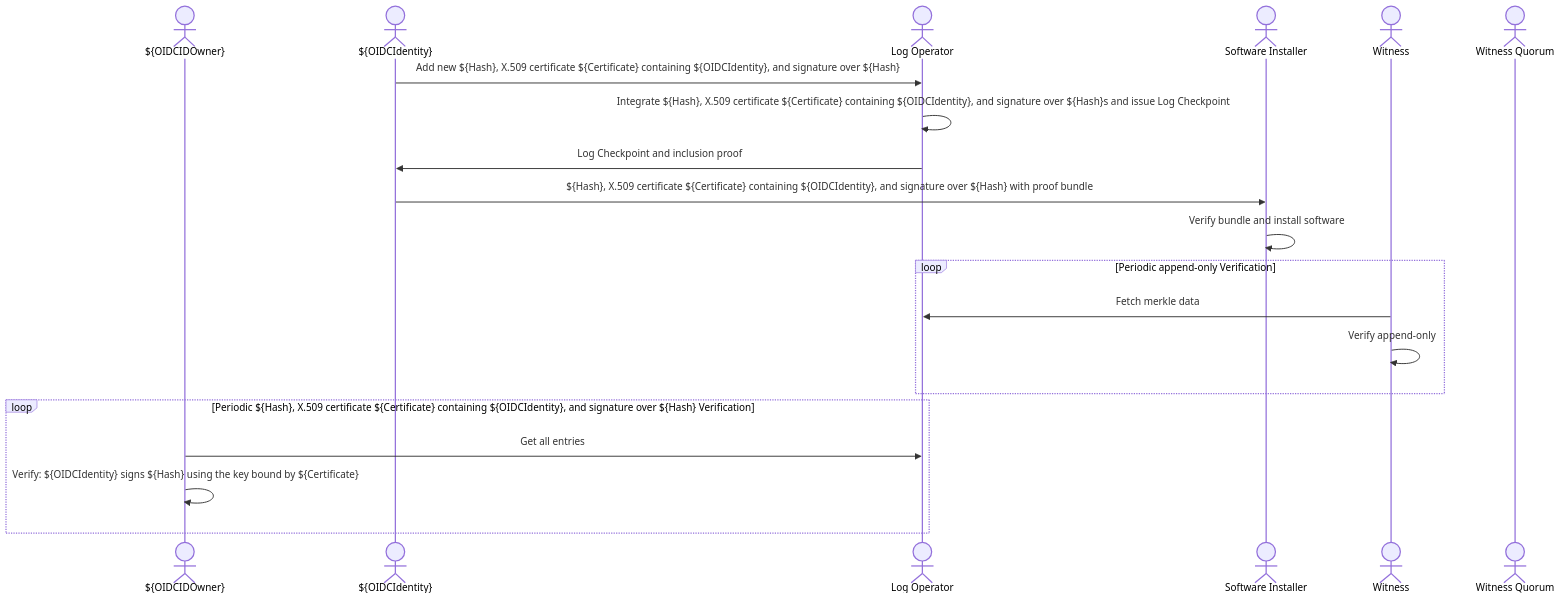
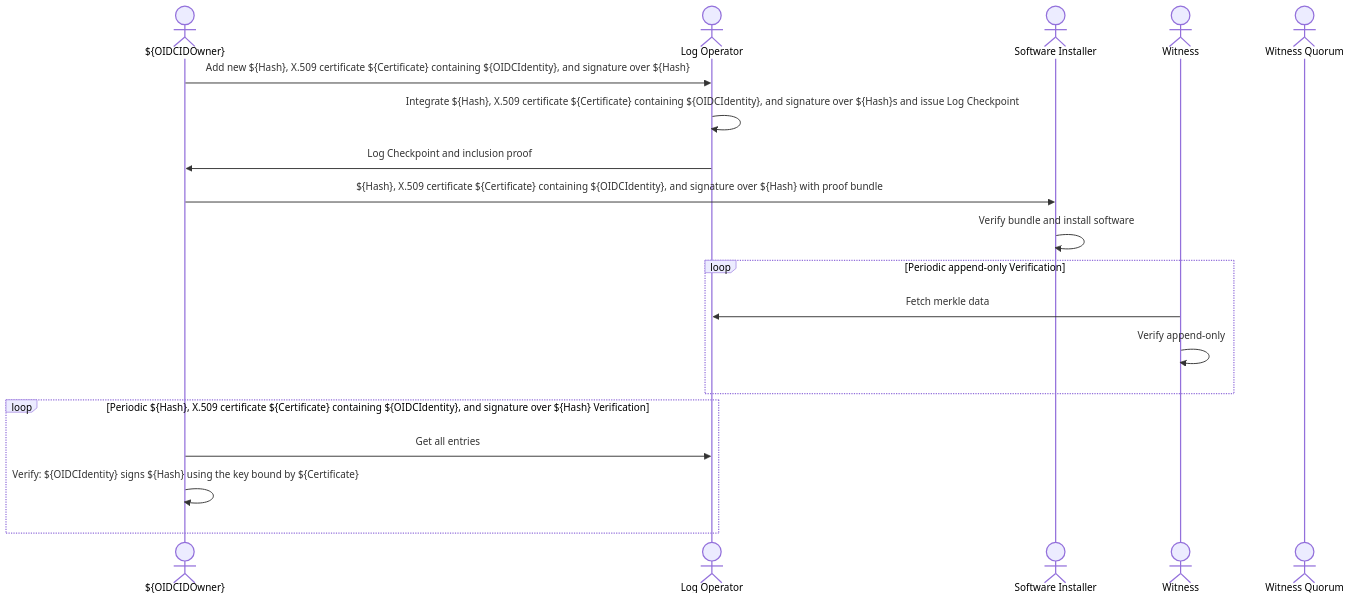
One commit to sigstore/community changed the diagram in docs/claimantmodel/rekor/identity/logsequence.md. Above: the diagram before and after it, drawn with Mermaid. The commit also changed 15 other files, not shown here.

````diff
--- a/docs/claimantmodel/rekor/identity/logsequence.md
+++ b/docs/claimantmodel/rekor/identity/logsequence.md
@@ -4,22 +4,21 @@
 ```mermaid
 sequenceDiagram
     actor ${OIDCIDOwner}
-    actor ${OIDCIdentity}
     actor Log Operator
     actor Software Installer
     actor Witness
     actor Witness Quorum
-    ${OIDCIdentity}->>Log Operator: Add new ${Hash}, X.509 certificate ${Certificate} containing ${OIDCIdentity}, and signature over ${Hash}
+    ${OIDCIDOwner}->>Log Operator: Add new ${Hash}, X.509 certificate ${Certificate} containing ${OIDCIdentity}, and signature over ${Hash}
     Log Operator->>Log Operator: Integrate ${Hash}, X.509 certificate ${Certificate} containing ${OIDCIdentity}, and signature over ${Hash}s and issue Log Checkpoint
-    Log Operator->>${OIDCIdentity}: Log Checkpoint and inclusion proof
-    ${OIDCIdentity}->>Software Installer: ${Hash}, X.509 certificate ${Certificate} containing ${OIDCIdentity}, and signature over ${Hash} with proof bundle
+    Log Operator->>${OIDCIDOwner}: Log Checkpoint and inclusion proof
+    ${OIDCIDOwner}->>Software Installer: ${Hash}, X.509 certificate ${Certificate} containing ${OIDCIdentity}, and signature over ${Hash} with proof bundle
     Software Installer->>Software Installer: Verify bundle and install software
     loop Periodic append-only Verification
         Witness->>Log Operator: Fetch merkle data
         Witness->>Witness: Verify append-only
     end
     loop Periodic ${Hash}, X.509 certificate ${Certificate} containing ${OIDCIdentity}, and signature over ${Hash} Verification
         ${OIDCIDOwner}->>Log Operator: Get all entries
         ${OIDCIDOwner}->>${OIDCIDOwner}: Verify: ${OIDCIdentity} signs ${Hash} using the key bound by ${Certificate}
     end
 ```
````
